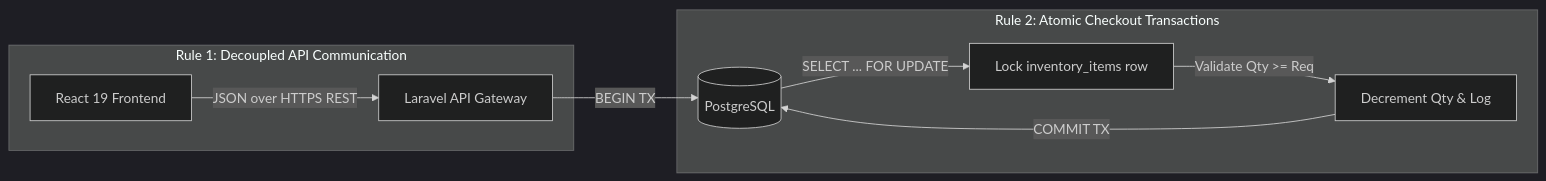
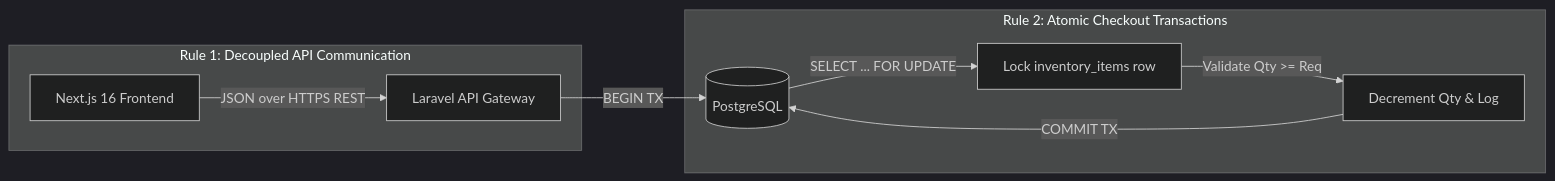
Before and after one commit to Nishieeee/e-commerce-sample: the second of 2 diagrams in PROJECT.md, drawn with Mermaid (dark theme). The commit also changed other lines of this file and 39 other files, not shown here.

Commit message:
update: frontend stack to next.js

````diff
--- a/PROJECT.md
+++ b/PROJECT.md
@@ -167,13 +172,13 @@
 ```mermaid
 flowchart LR
     subgraph Rule 1: Decoupled API Communication
-        SPA[React 19 Frontend] -->|JSON over HTTPS REST| API[Laravel API Gateway]
+        Next[Next.js 16 Frontend] -->|JSON over HTTPS REST| API[Laravel API Gateway]
     end
 
     subgraph Rule 2: Atomic Checkout Transactions
         API -->|BEGIN TX| DB[(PostgreSQL)]
         DB -->|SELECT ... FOR UPDATE| InvRow[Lock inventory_items row]
         InvRow -->|Validate Qty >= Req| UpdateInv[Decrement Qty & Log]
         UpdateInv -->|COMMIT TX| DB
     end
 ```
````
